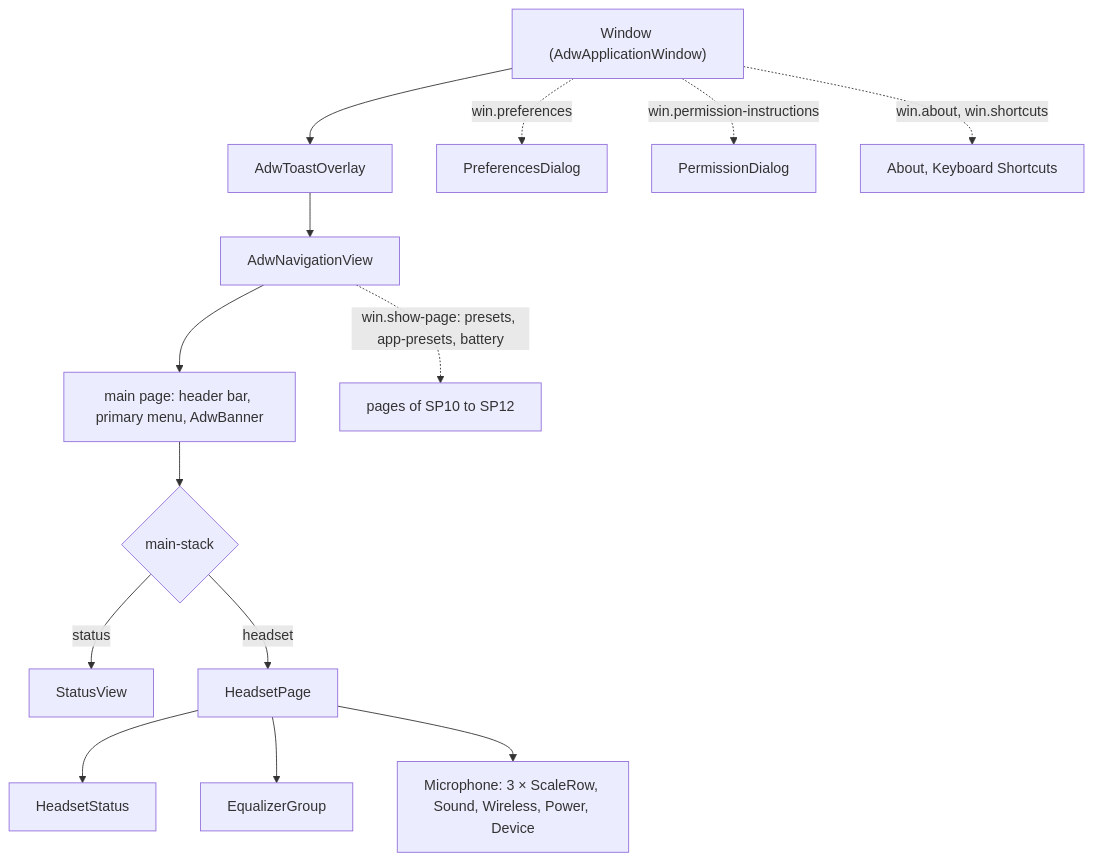
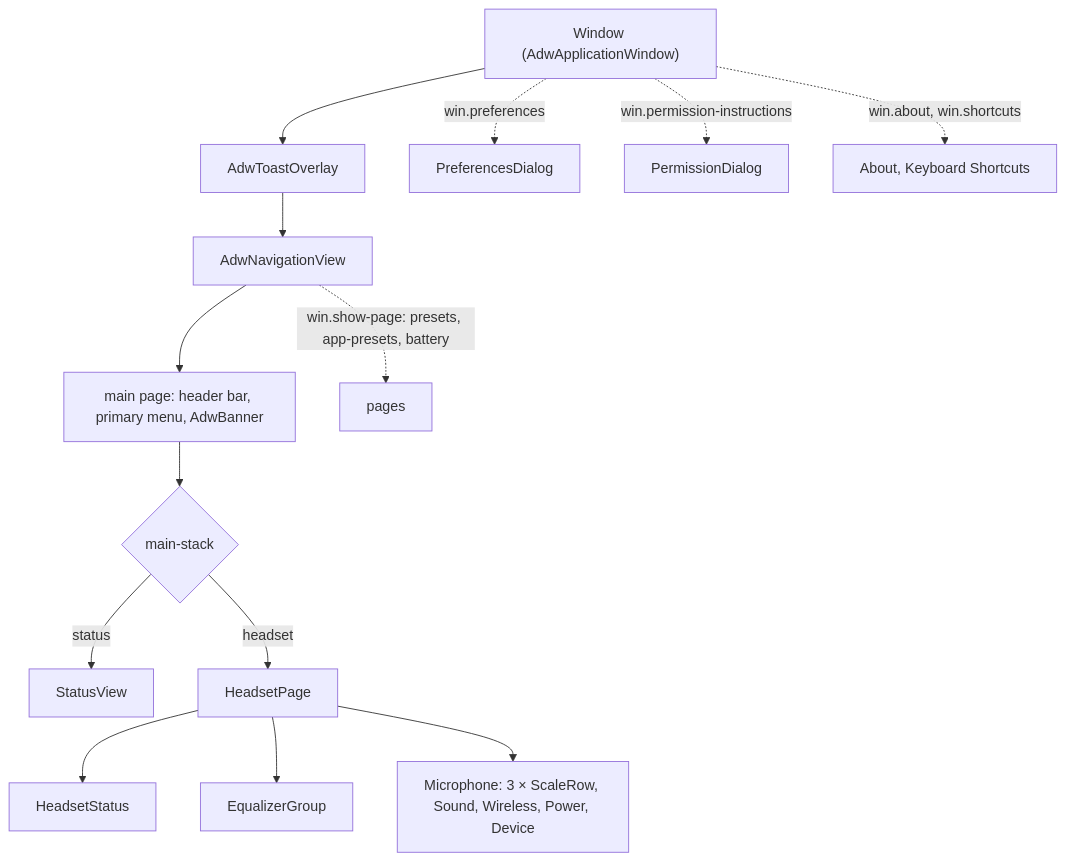
Before and after one commit to marcelogm/arctis-companion: the first of 3 diagrams in docs/architecture/ui.md, drawn with Mermaid. The commit also changed other lines of this file and 48 other files, not shown here.

````diff
--- a/docs/architecture/ui.md
+++ b/docs/architecture/ui.md
@@ -9,16 +9,16 @@
 ```mermaid
 flowchart TD
     W["Window (AdwApplicationWindow)"] --> T["AdwToastOverlay"]
     T --> N["AdwNavigationView"]
     N --> M["main page: header bar, primary menu, AdwBanner"]
     M --> S{"main-stack"}
     S -- status --> SV["StatusView"]
     S -- headset --> HP["HeadsetPage"]
     HP --> HS["HeadsetStatus"]
     HP --> EG["EqualizerGroup"]
     HP --> G["Microphone: 3 × ScaleRow, Sound, Wireless, Power, Device"]
     W -. "win.preferences" .-> PD["PreferencesDialog"]
     W -. "win.permission-instructions" .-> PM["PermissionDialog"]
     W -. "win.about, win.shortcuts" .-> AD["About, Keyboard Shortcuts"]
-    N -. "win.show-page: presets, app-presets, battery" .-> P["pages of SP10 to SP12"]
+    N -. "win.show-page: presets, app-presets, battery" .-> P["pages"]
 ```
````
